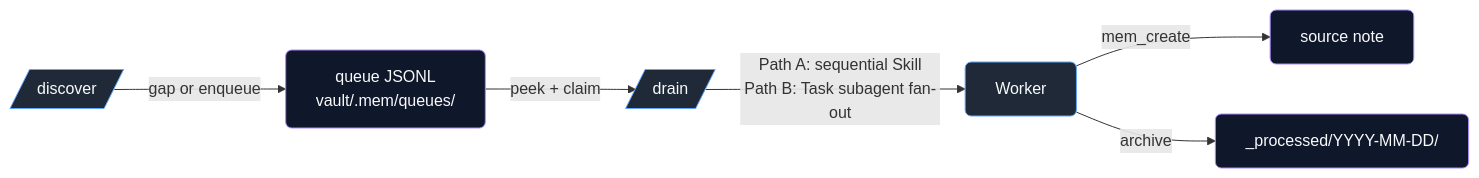
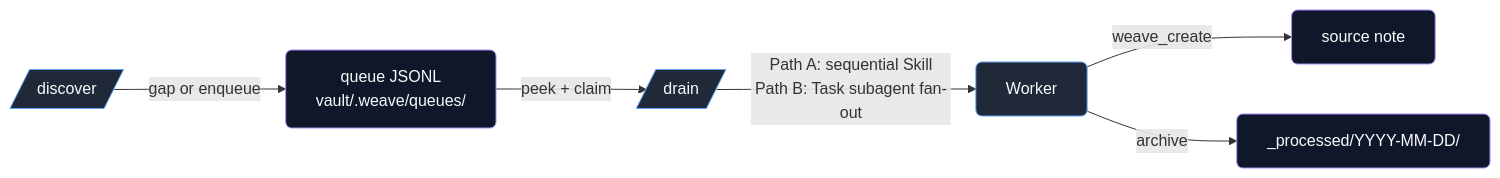
The second of 4 diagrams in ARCHITECTURE.md (marekpal97/thinkweave), drawn with Mermaid before and after one commit. The commit also changed other lines of this file and 455 other files, not shown here.

First line of the commit message:
refactor: rename personal_mem → Thinkweave (mem → weave everywhere)

````diff
--- a/ARCHITECTURE.md
+++ b/ARCHITECTURE.md
@@ -103,10 +127,10 @@
 ```mermaid
 flowchart LR
     classDef st fill:#1f2937,stroke:#60a5fa,color:#f9fafb,rx:6,ry:6
     classDef store fill:#0f172a,stroke:#a78bfa,color:#f9fafb,rx:6,ry:6
-    D[/discover/]:::st -->|gap or enqueue| Q[queue JSONL<br/>vault/.mem/queues/]:::store
+    D[/discover/]:::st -->|gap or enqueue| Q[queue JSONL<br/>vault/.weave/queues/]:::store
     Q -->|peek + claim| DR[/drain/]:::st
     DR -->|Path A: sequential Skill<br/>Path B: Task subagent fan-out| W[Worker]:::st
-    W -->|mem_create| N[source note]:::store
+    W -->|weave_create| N[source note]:::store
     W -->|archive| QA[_processed/YYYY-MM-DD/]:::store
 ```
````
